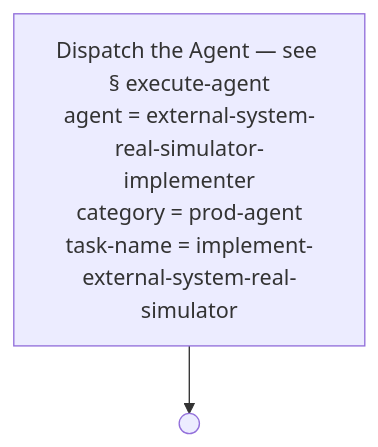
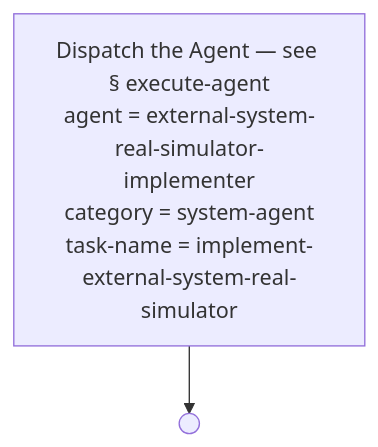
Diagram 45 of 54 in docs/process-diagram.md (optivem/gh-optivem), drawn with Mermaid before and after one commit. The commit also changed other lines of this file and 12 other files, not shown here.

Commit message:
atdd: regenerate process-flow diagram

````diff
--- a/docs/process-diagram.md
+++ b/docs/process-diagram.md
@@ -845,7 +845,7 @@
 ```mermaid
 flowchart TD
-    EXECUTE_AGENT["Dispatch the Agent — see § execute-agent<br/>agent = external-system-real-simulator-implementer<br/>category = prod-agent<br/>task-name = implement-external-system-real-simulator"]
+    EXECUTE_AGENT["Dispatch the Agent — see § execute-agent<br/>agent = external-system-real-simulator-implementer<br/>category = system-agent<br/>task-name = implement-external-system-real-simulator"]
     IMPL_REAL_SIM_END(( ))
 
     EXECUTE_AGENT --> IMPL_REAL_SIM_END
 ```
````
